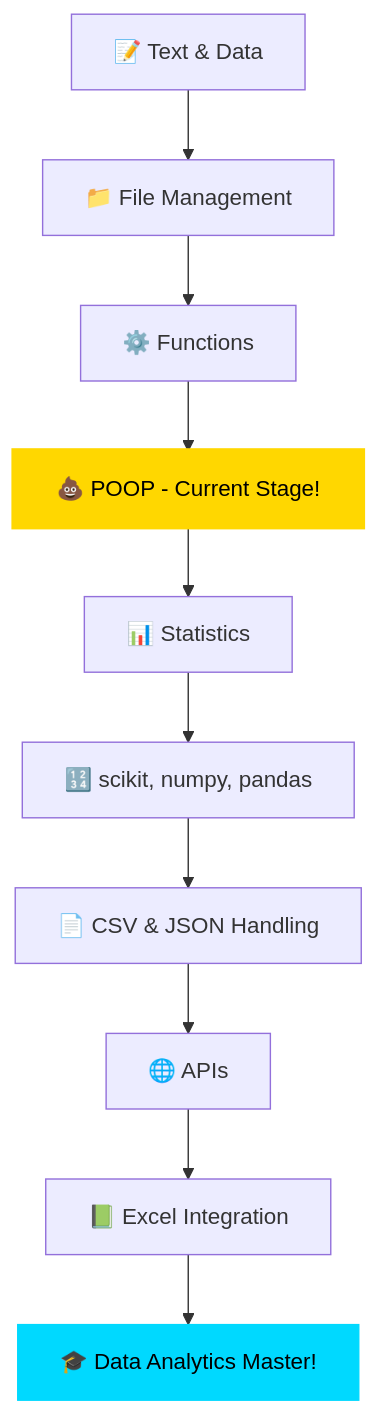
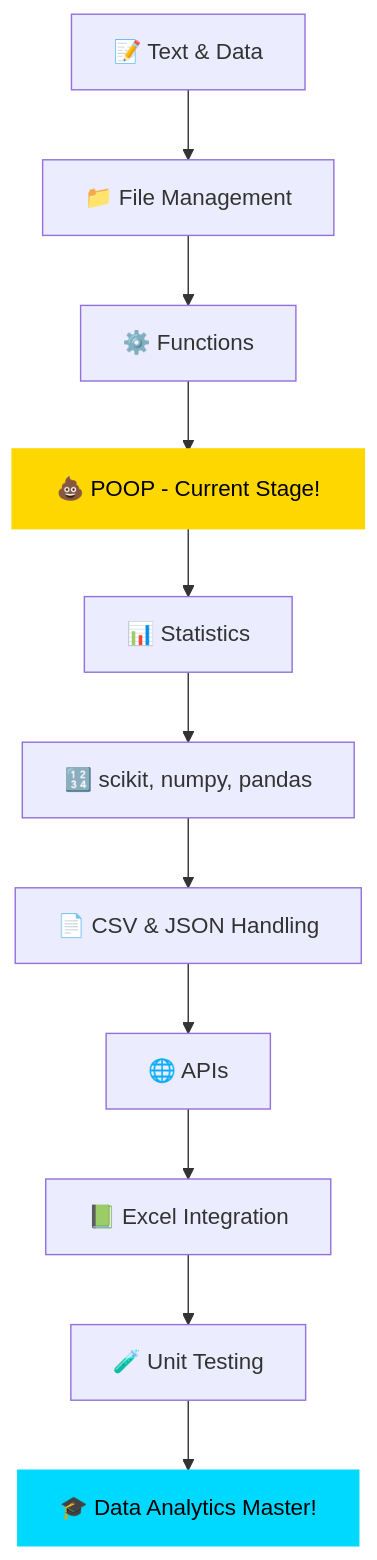
One commit to TheRaj2005/TheRaj2005 changed the diagram in README.md. Above: the diagram before and after it, drawn with Mermaid.

````diff
--- a/README.md
+++ b/README.md
@@ -42,15 +42,16 @@
 ```mermaid
 graph TD
     A[📝 Text & Data] --> B[📁 File Management]
     B --> C[⚙️ Functions]
     C --> D[💩 POOP - Current Stage!]
     D --> E[📊 Statistics]
     E --> F[🔢 scikit, numpy, pandas]
     F --> G[📄 CSV & JSON Handling]
     G --> H[🌐 APIs]
     H --> I[📗 Excel Integration]
-    I --> J[🎓 Data Analytics Master!]
+    I --> J[🧪 Unit Testing]
+    J --> K[🎓 Data Analytics Master!]
     
     style D fill:#FFD700,stroke:#FFD700,color:#000,stroke-width:4px
-    style J fill:#00D9FF,stroke:#00D9FF,color:#000
+    style K fill:#00D9FF,stroke:#00D9FF,color:#000
 ```
````
